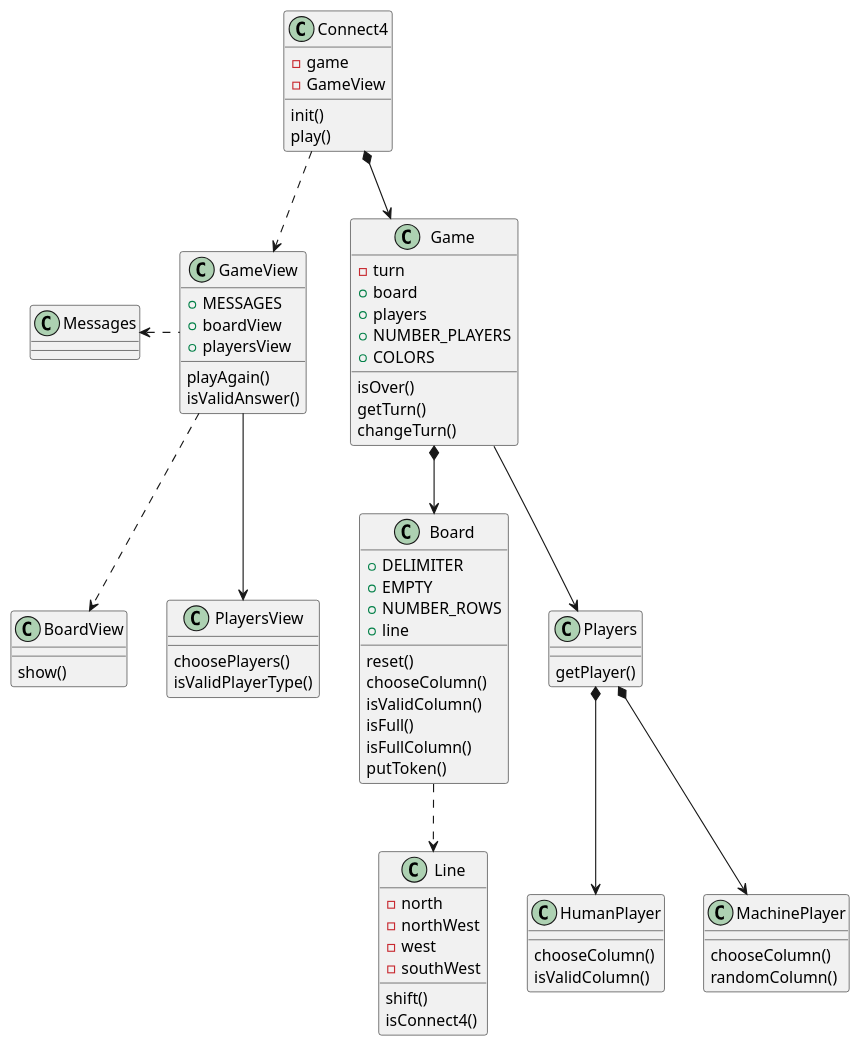
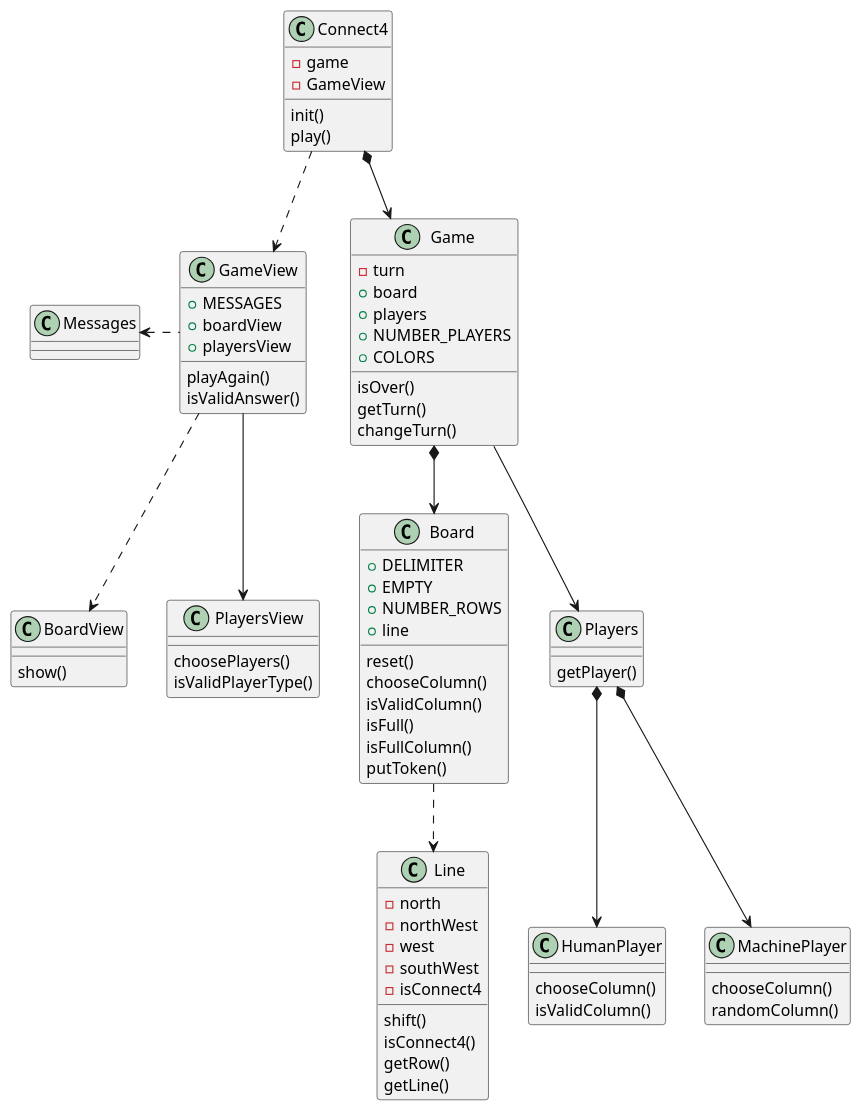
The diagram in Connect4/images/structure-diagrams/classes-diagram.plantuml (BernatQI/Master-Programacion-Diseno-Software), drawn with PlantUML before and after one commit. The commit also changed 1 other file, not shown here.

Commit message:
Line function almost done

```diff
--- a/Connect4/images/structure-diagrams/classes-diagram.plantuml
+++ b/Connect4/images/structure-diagrams/classes-diagram.plantuml
@@ -1,84 +1,87 @@
 @startuml "Classes Diagram"
 
 class Connect4 {
   - game
   - GameView
 
   init()
   play()
 }
 class Game {
   - turn
   + board
   + players
   + NUMBER_PLAYERS
   + COLORS
 
   isOver()
   getTurn()
   changeTurn()
 }
 class GameView {
   + MESSAGES
   + boardView
   + playersView
 
   playAgain()
   isValidAnswer()
 }
 class Board {
   + DELIMITER
   + EMPTY
   + NUMBER_ROWS
   + line
 
   reset()
   chooseColumn()
   isValidColumn()
   isFull()
   isFullColumn()
   putToken()
 }
 class BoardView {
   show()
 }
 class Line {
   - north
   - northWest
   - west
   - southWest
+  - isConnect4
 
   shift()
   isConnect4()
+  getRow()
+  getLine()
 }
 class Players {
   getPlayer()
 }
 class PlayersView {
   choosePlayers()
   isValidPlayerType()
 }
 class HumanPlayer {
   chooseColumn()
   isValidColumn()
 }
 class MachinePlayer {
   chooseColumn()
   randomColumn()
 }
 class Messages {
 
 }
 
 Connect4 *--> Game
 Connect4 ..> GameView
 Game --> Players
 Game *--> Board
 GameView ..> BoardView
 GameView --> PlayersView
 Messages <. GameView
 Board ..> Line
 Players *--> HumanPlayer
 Players *--> MachinePlayer
 
 @enduml
```
